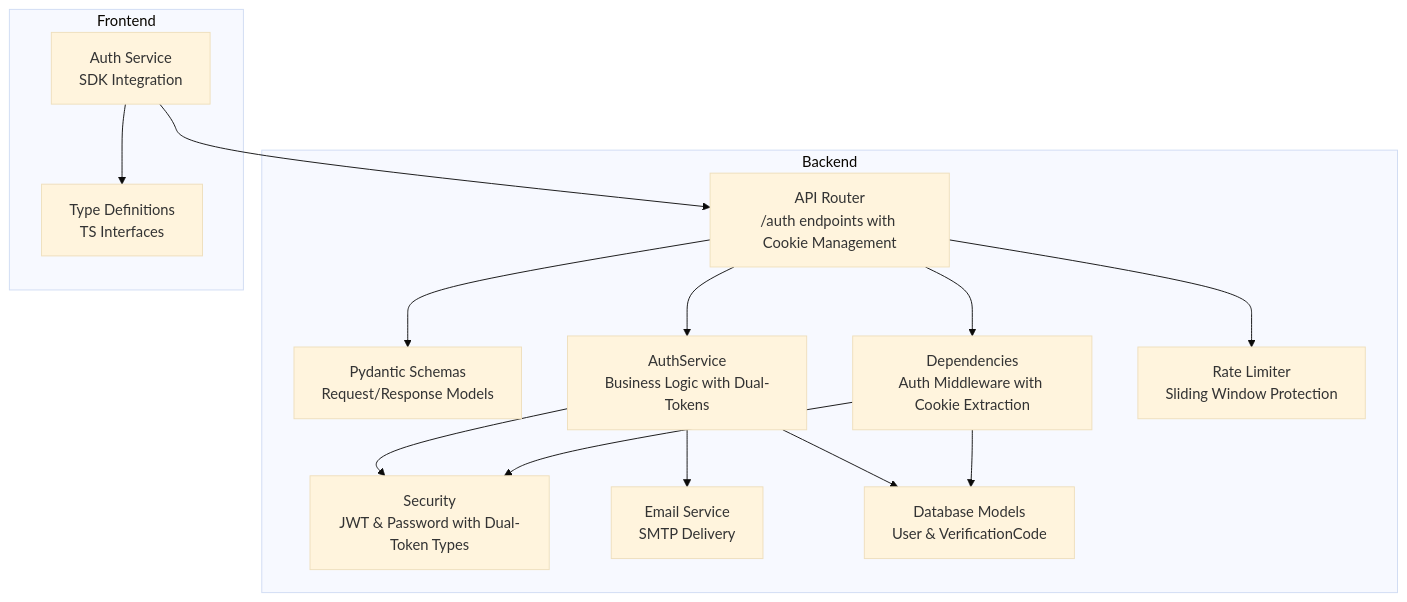
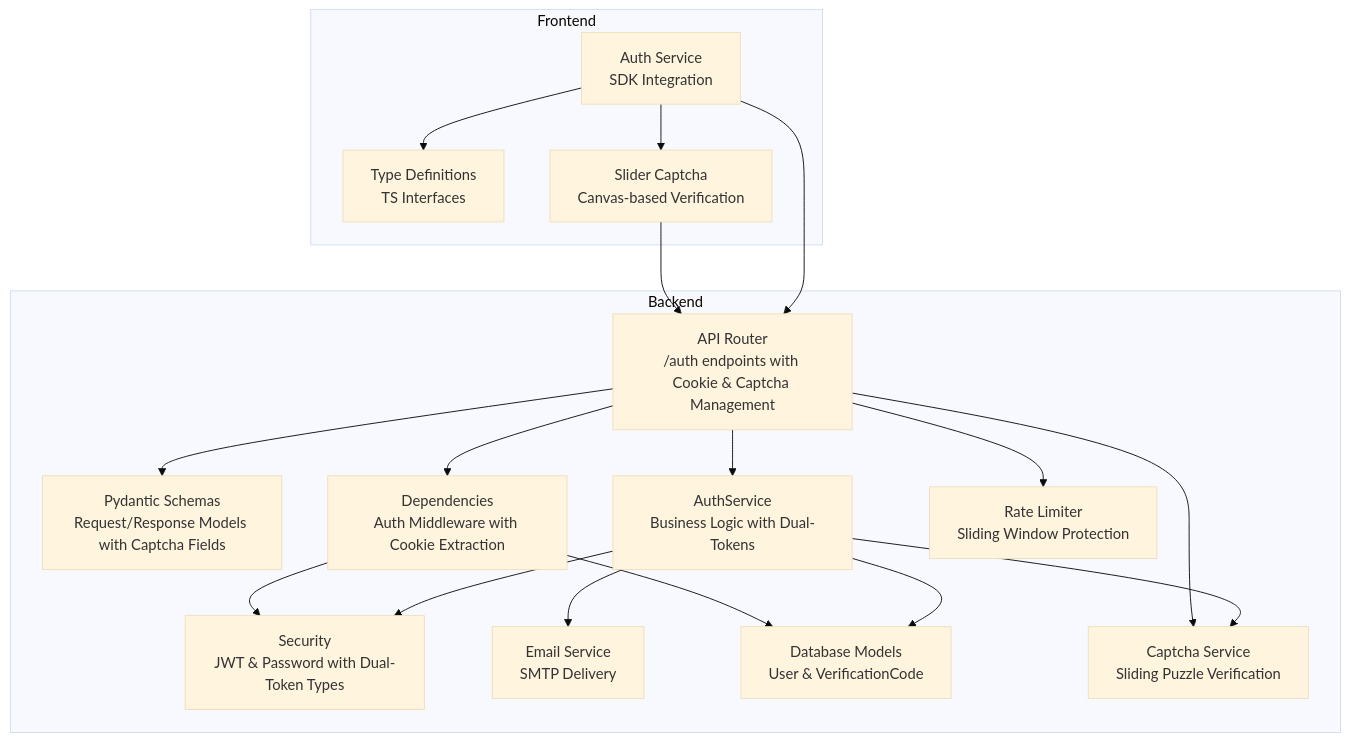
One commit to rainRise/aidiary changed the first of 5 diagrams in .qoder/repowiki/en/content/Backend System/API Endpoints Reference/Authentication Endpoints.md. Above: the diagram before and after it, drawn with Mermaid (base theme). The commit also changed other lines of this file and 16 other files, not shown here.

````diff
--- a/.qoder/repowiki/en/content/Backend System/API Endpoints Reference/Authentication Endpoints.md
+++ b/.qoder/repowiki/en/content/Backend System/API Endpoints Reference/Authentication Endpoints.md
@@ -56,28 +60,34 @@
 ```mermaid
 graph TB
 subgraph "Backend"
-API["API Router<br/>/auth endpoints with Cookie Management"]
-Schemas["Pydantic Schemas<br/>Request/Response Models"]
+API["API Router<br/>/auth endpoints with Cookie & Captcha Management"]
+Schemas["Pydantic Schemas<br/>Request/Response Models with Captcha Fields"]
 Service["AuthService<br/>Business Logic with Dual-Tokens"]
 Security["Security<br/>JWT & Password with Dual-Token Types"]
 Deps["Dependencies<br/>Auth Middleware with Cookie Extraction"]
 RateLimit["Rate Limiter<br/>Sliding Window Protection"]
 Email["Email Service<br/>SMTP Delivery"]
 Models["Database Models<br/>User & VerificationCode"]
+Captcha["Captcha Service<br/>Sliding Puzzle Verification"]
 end
 subgraph "Frontend"
 FrontendService["Auth Service<br/>SDK Integration"]
 Types["Type Definitions<br/>TS Interfaces"]
+SliderCaptcha["Slider Captcha<br/>Canvas-based Verification"]
 end
 FrontendService --> API
 API --> Service
 Service --> Security
 Service --> Email
 Service --> Models
+Service --> Captcha
 API --> Schemas
 API --> Deps
 API --> RateLimit
+API --> Captcha
 Deps --> Security
 Deps --> Models
 FrontendService --> Types
+FrontendService --> SliderCaptcha
+SliderCaptcha --> API
 ```
````
